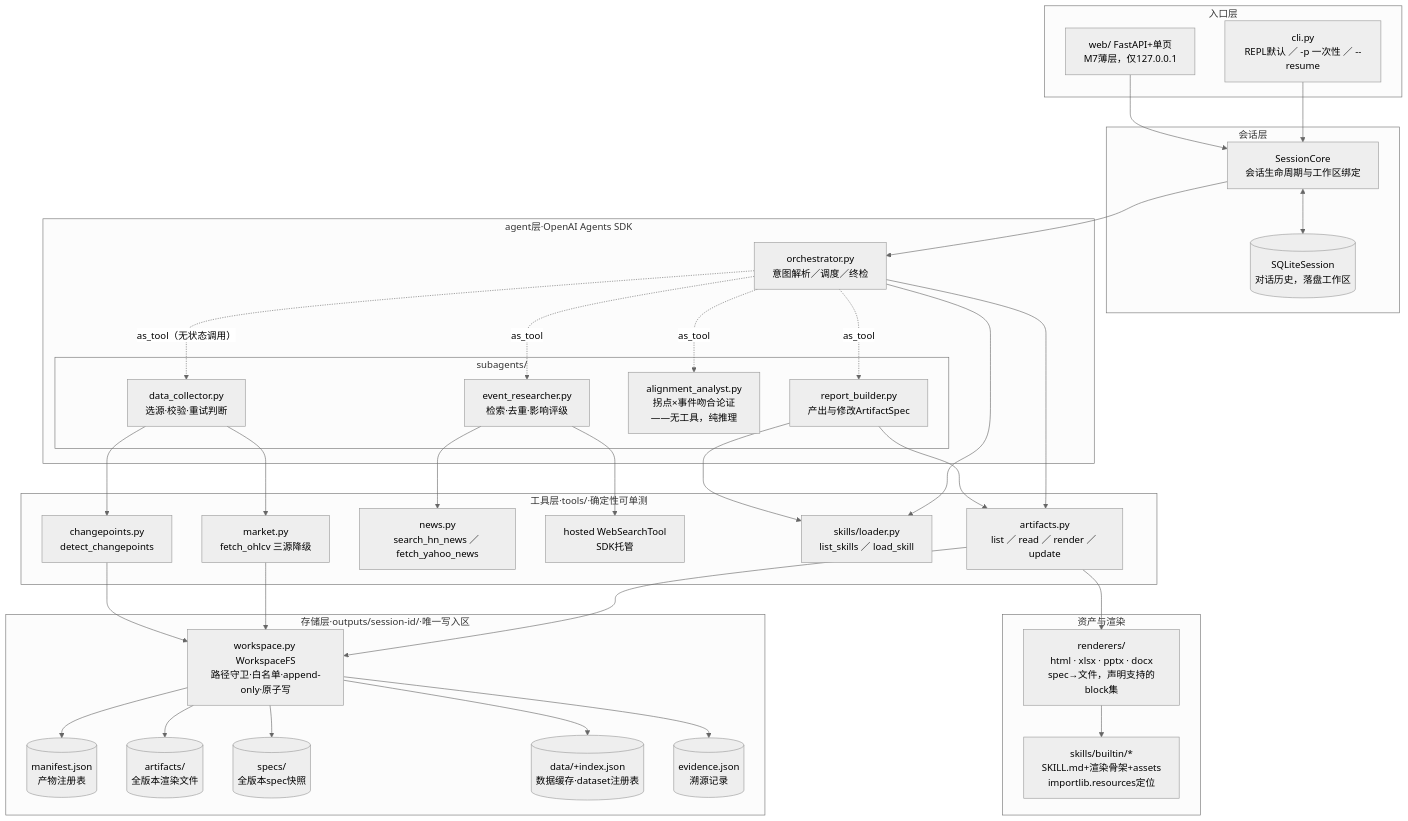
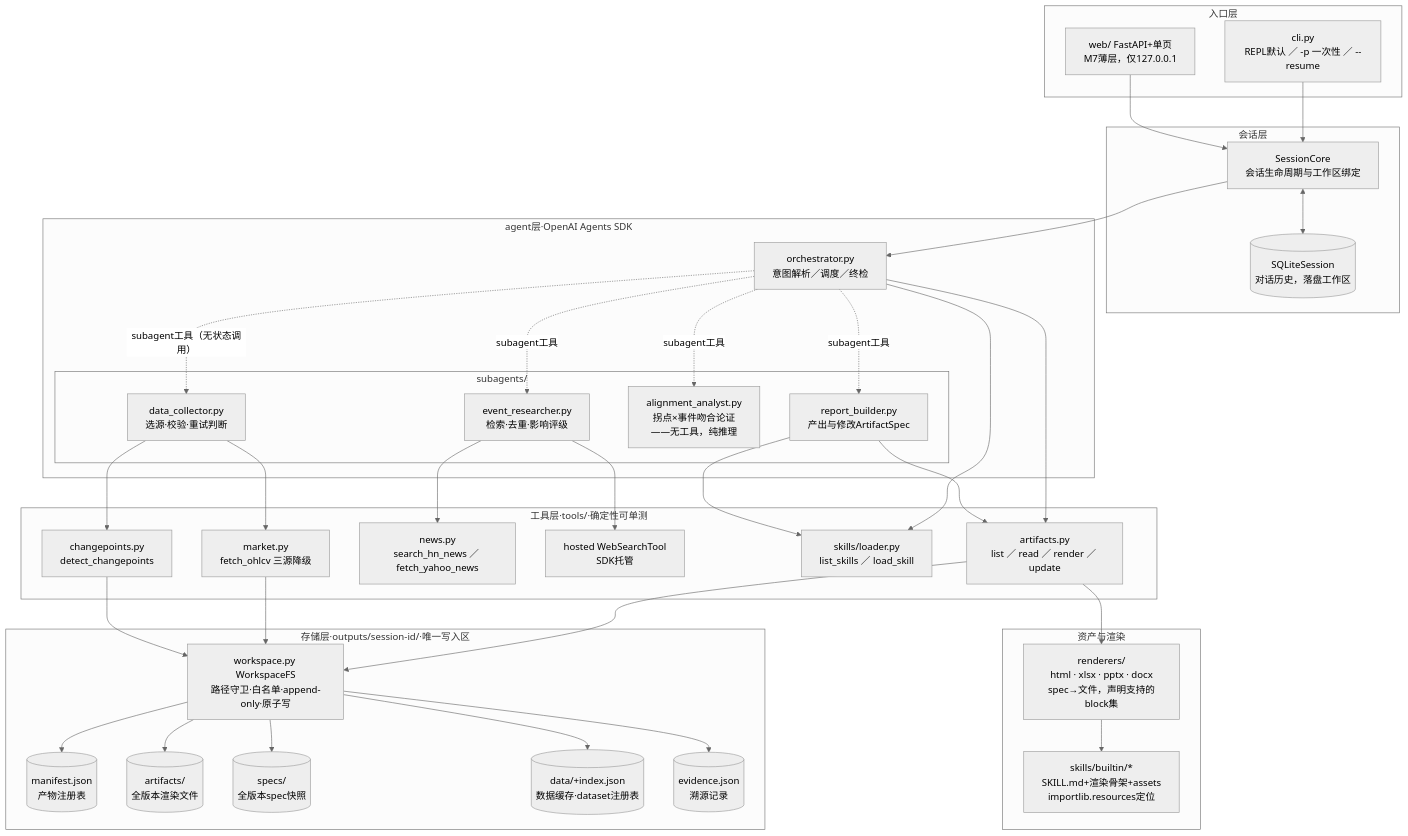
The third of 3 diagrams in docs/architecture-and-flow.md (yibo365/finance-agent), drawn with Mermaid (neutral theme) before and after one commit. The commit also changed other lines of this file and 28 other files, not shown here.

````diff
--- a/docs/architecture-and-flow.md
+++ b/docs/architecture-and-flow.md
@@ -118,72 +118,72 @@
 ```mermaid
 flowchart TB
     subgraph L1[入口层]
         CLI["cli.py<br>REPL默认 ／ -p 一次性 ／ --resume"]
         WEB["web/ FastAPI+单页<br>M7薄层，仅127.0.0.1"]
     end
 
     subgraph L2[会话层]
         SC["SessionCore<br>会话生命周期与工作区绑定"]
         SQ[("SQLiteSession<br>对话历史，落盘工作区")]
     end
 
     subgraph L3[agent层·OpenAI Agents SDK]
         O["orchestrator.py<br>意图解析／调度／终检"]
         subgraph SUB[subagents/]
             DC["data_collector.py<br>选源·校验·重试判断"]
             ER["event_researcher.py<br>检索·去重·影响评级"]
             AA["alignment_analyst.py<br>拐点×事件吻合论证<br>——无工具，纯推理"]
             RB["report_builder.py<br>产出与修改ArtifactSpec"]
         end
     end
 
     subgraph L4[工具层·tools/·确定性可单测]
         MT["market.py<br>fetch_ohlcv 三源降级"]
         CP["changepoints.py<br>detect_changepoints"]
         NT["news.py<br>search_hn_news ／ fetch_yahoo_news"]
         WT["hosted WebSearchTool<br>SDK托管"]
         SKT["skills/loader.py<br>list_skills ／ load_skill"]
         AT["artifacts.py<br>list ／ read ／ render ／ update"]
     end
 
     subgraph L5[资产与渲染]
         RD["renderers/<br>html · xlsx · pptx · docx<br>spec→文件，声明支持的block集"]
         SB["skills/builtin/*<br>SKILL.md+渲染骨架+assets<br>importlib.resources定位"]
     end
 
     subgraph L6[存储层·outputs/session-id/·唯一写入区]
         WFS["workspace.py WorkspaceFS<br>路径守卫·白名单·append-only·原子写"]
         MF[("manifest.json<br>产物注册表")]
         AR[("artifacts/<br>全版本渲染文件")]
         SP[("specs/<br>全版本spec快照")]
         DT[("data/+index.json<br>数据缓存·dataset注册表")]
         EV[("evidence.json<br>溯源记录")]
     end
 
     CLI --> SC
     WEB --> SC
     SC <--> SQ
     SC --> O
-    O -. "as_tool（无状态调用）" .-> DC
-    O -. as_tool .-> ER
-    O -. as_tool .-> AA
-    O -. as_tool .-> RB
+    O -. "subagent工具（无状态调用）" .-> DC
+    O -. subagent工具 .-> ER
+    O -. subagent工具 .-> AA
+    O -. subagent工具 .-> RB
     O --> AT
     O --> SKT
     DC --> MT
     DC --> CP
     ER --> NT
     ER --> WT
     RB --> SKT
     RB --> AT
     AT --> RD
     RD --> SB
     AT --> WFS
     MT --> WFS
     CP --> WFS
     WFS --> MF
     WFS --> AR
     WFS --> SP
     WFS --> DT
     WFS --> EV
 ```
````
